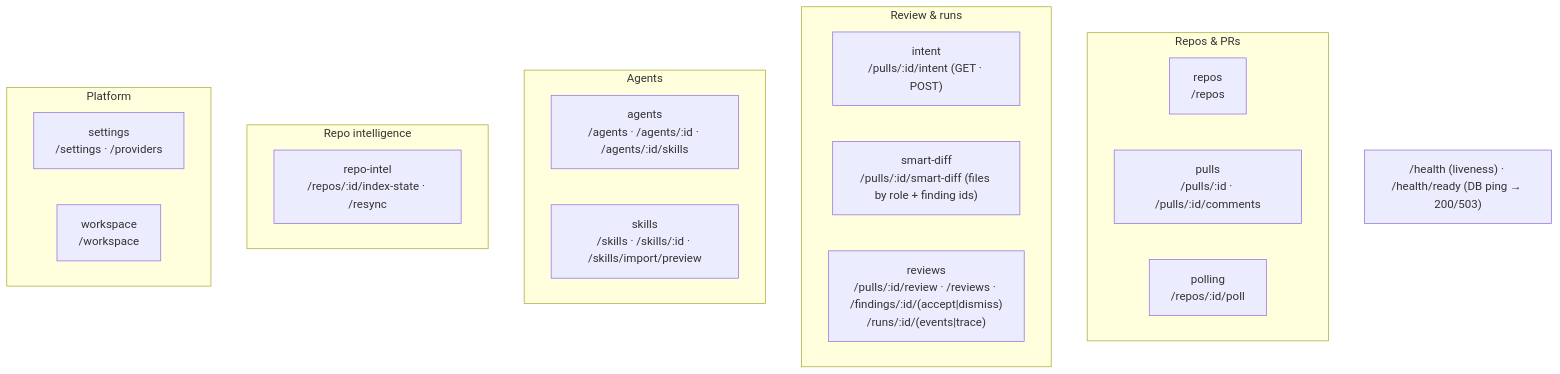
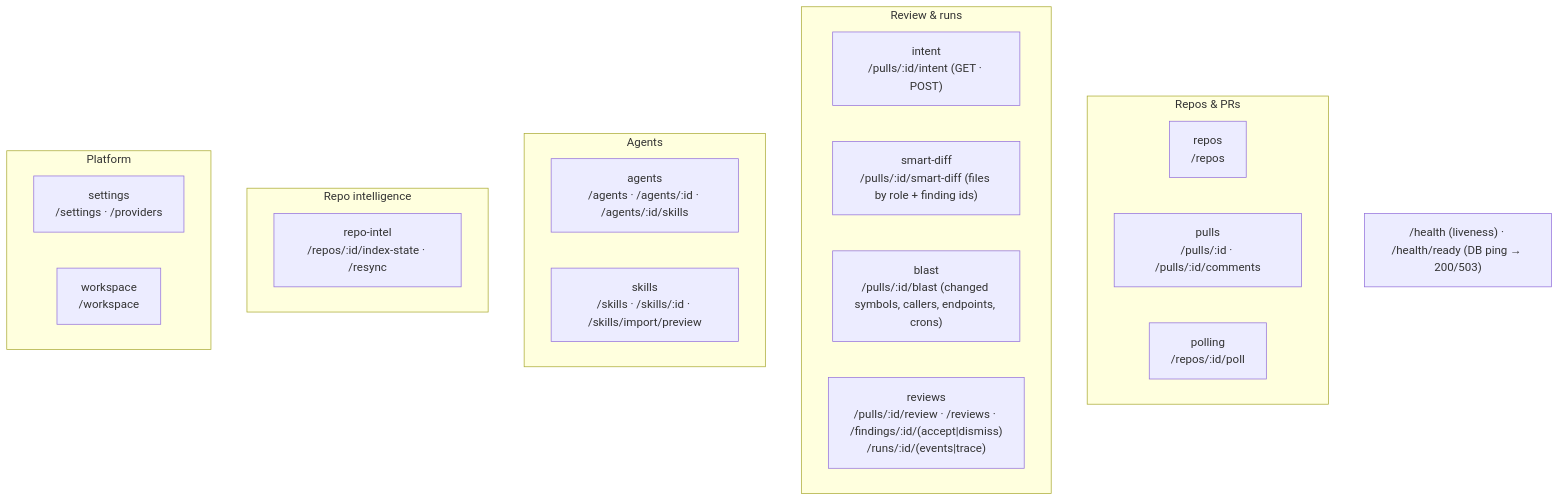
One commit to natalia-zakalyk/dev-digest changed the second of 2 diagrams in server/README.md. Above: the diagram before and after it, drawn with Mermaid. The commit also changed 68 other files, not shown here.

````diff
--- a/server/README.md
+++ b/server/README.md
@@ -66,25 +66,26 @@
 ```mermaid
 flowchart TB
   subgraph Repos_PRs["Repos & PRs"]
     repos["repos<br/>/repos"]
     pulls["pulls<br/>/pulls/:id · /pulls/:id/comments"]
     polling["polling<br/>/repos/:id/poll"]
   end
   subgraph Review["Review & runs"]
     intent["intent<br/>/pulls/:id/intent (GET · POST)"]
     smartDiff["smart-diff<br/>/pulls/:id/smart-diff (files by role + finding ids)"]
+    blast["blast<br/>/pulls/:id/blast (changed symbols, callers, endpoints, crons)"]
     reviews["reviews<br/>/pulls/:id/review · /reviews · /findings/:id/(accept|dismiss)<br/>/runs/:id/(events|trace)"]
   end
   subgraph Agents["Agents"]
     agents["agents<br/>/agents · /agents/:id · /agents/:id/skills"]
     skills["skills<br/>/skills · /skills/:id · /skills/import/preview"]
   end
   subgraph Intel["Repo intelligence"]
     repoIntel["repo-intel<br/>/repos/:id/index-state · /resync"]
   end
   subgraph Platform["Platform"]
     settings["settings<br/>/settings · /providers"]
     workspace["workspace<br/>/workspace"]
   end
   HEALTH["/health (liveness) · /health/ready (DB ping → 200/503)"]
 ```
````
